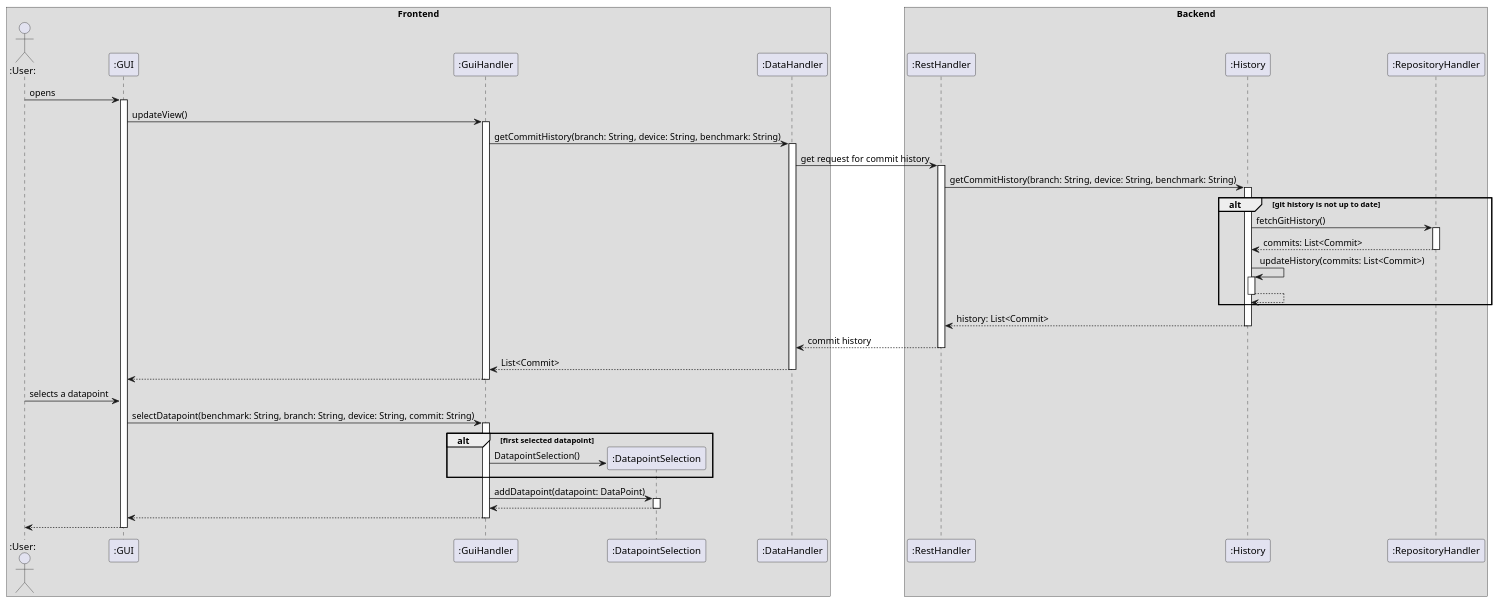
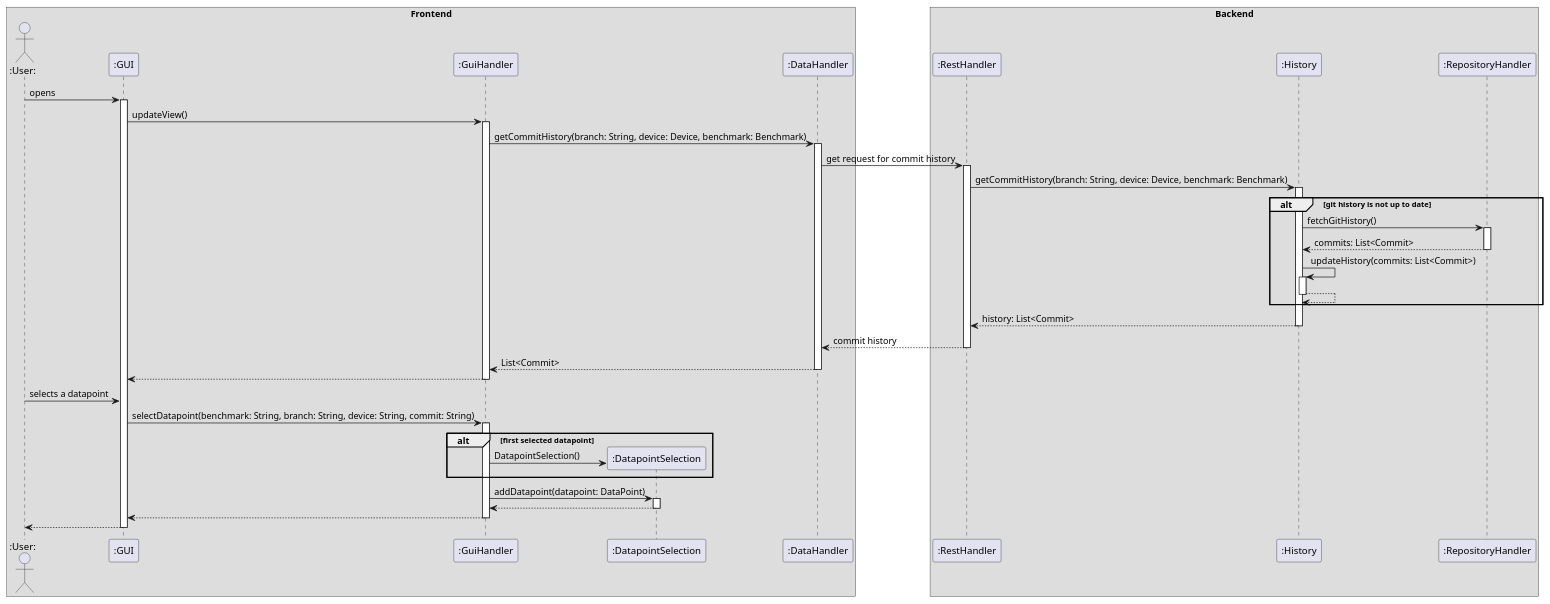
Before and after one commit to pse-parkview/Parkview: the diagram in Design/plantuml/FR1.puml, drawn with PlantUML. The commit also changed 1 other file, not shown here.

```diff
--- a/Design/plantuml/FR1.puml
+++ b/Design/plantuml/FR1.puml
@@ -1,51 +1,51 @@
 @startuml FR1
 
 box "Frontend"
 actor ":User:" as ted
 participant ":GUI" as gui
 participant ":GuiHandler" as gh
 participant ":DatapointSelection" as selection
 participant ":DataHandler" as dh
 end box
 
 box "Backend"
 participant ":RestHandler" as rh
 participant ":History" as ghist
 participant ":RepositoryHandler" as reph
 end box
 
 ted -> gui ++: opens
 
 gui -> gh ++: updateView()
-gh -> dh ++: getCommitHistory(branch: String, device: String, benchmark: String)
+gh -> dh ++: getCommitHistory(branch: String, device: Device, benchmark: Benchmark)
 dh -> rh ++: get request for commit history
-rh -> ghist ++: getCommitHistory(branch: String, device: String, benchmark: String)
+rh -> ghist ++: getCommitHistory(branch: String, device: Device, benchmark: Benchmark)
 
 alt git history is not up to date
   ghist -> reph ++: fetchGitHistory()
   reph --> ghist --: commits: List<Commit>
   ghist -> ghist ++: updateHistory(commits: List<Commit>)
   ghist --> ghist --
   end
 
 ghist --> rh --: history: List<Commit>
 rh --> dh --: commit history
 dh --> gh --: List<Commit>
 gh --> gui --:
 
 
 
 ted -> gui: selects a datapoint
 gui -> gh ++: selectDatapoint(benchmark: String, branch: String, device: String, commit: String)
 
 alt first selected datapoint
   create selection
   gh -> selection : DatapointSelection()
   end
 
 gh -> selection ++: addDatapoint(datapoint: DataPoint)
 selection --> gh --:
 gh --> gui --:
 gui --> ted --:
 
 @enduml
```
